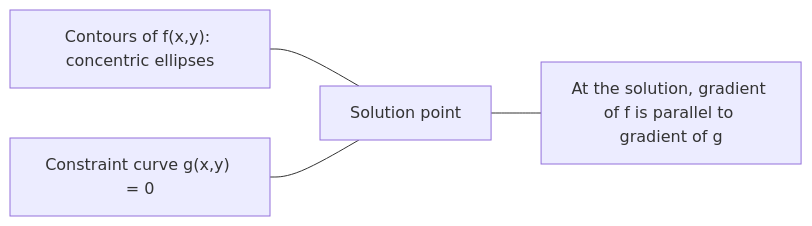
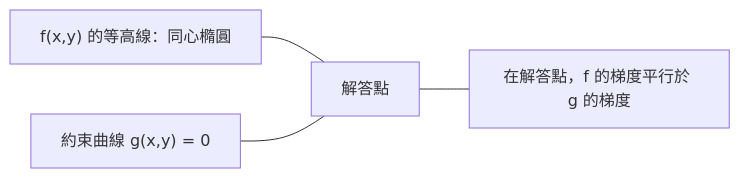
The fourth of 4 diagrams in i18n/zh-TW/phases/01-math-foundations/18-convex-optimization/docs/zh-TW.md (edward821220/ai-engineering-from-scratch), drawn with Mermaid before and after one commit. The commit also changed other lines of this file and 123 other files, not shown here.

````diff
--- a/i18n/zh-TW/phases/01-math-foundations/18-convex-optimization/docs/zh-TW.md
+++ b/i18n/zh-TW/phases/01-math-foundations/18-convex-optimization/docs/zh-TW.md
@@ -236,6 +236,6 @@
 ```mermaid
 graph LR
-    A["Contours of f(x,y): concentric ellipses"] --- S["Solution point"]
-    B["Constraint curve g(x,y) = 0"] --- S
-    S --- C["At the solution, gradient of f is parallel to gradient of g"]
+    A["f(x,y) 的等高線：同心橢圓"] --- S["解答點"]
+    B["約束曲線 g(x,y) = 0"] --- S
+    S --- C["在解答點，f 的梯度平行於 g 的梯度"]
 ```
````
